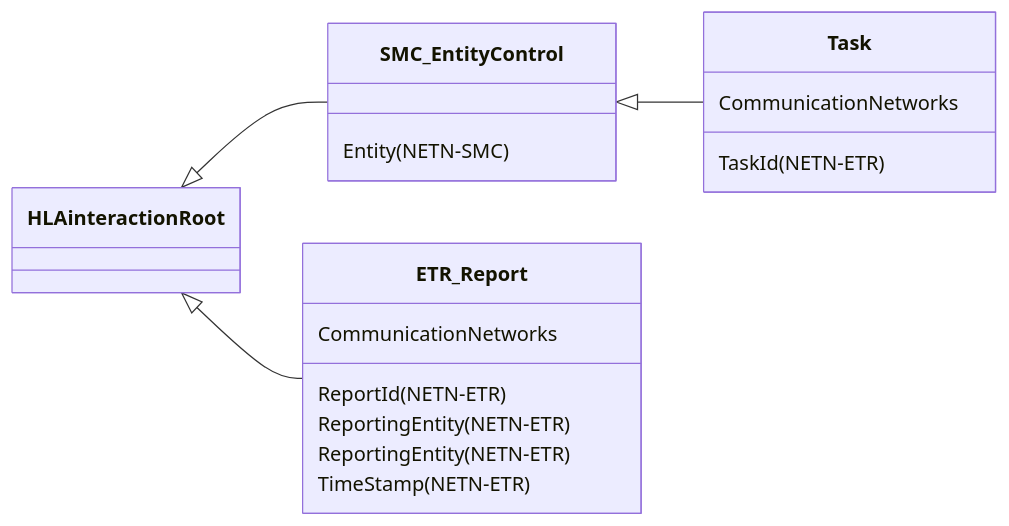
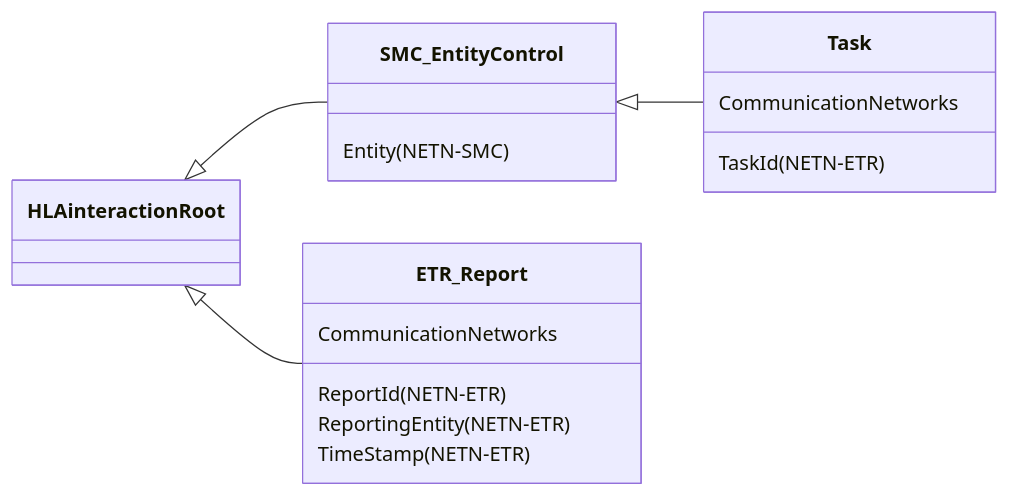
One commit to AMSP-04/NETN-FOM changed the second of 7 diagrams in modules/NETN-COM/NETN-COM.md. Above: the diagram before and after it, drawn with Mermaid. The commit also changed other lines of this file, not shown here.

First line of the commit message:
DOCS: Make clarifications in NETN-COM.md

````diff
--- a/modules/NETN-COM/NETN-COM.md
+++ b/modules/NETN-COM/NETN-COM.md
@@ -62,18 +62,17 @@
 ```mermaid
 classDiagram
 direction LR
 
 HLAinteractionRoot <|-- SMC_EntityControl
 SMC_EntityControl <|-- Task
 HLAinteractionRoot <|-- ETR_Report
 
 
 Task:CommunicationNetworks
 SMC_EntityControl:Entity(NETN-SMC)
 Task:TaskId(NETN-ETR)
 ETR_Report:CommunicationNetworks
 ETR_Report:ReportId(NETN-ETR)
 ETR_Report:ReportingEntity(NETN-ETR)
-ETR_Report:ReportingEntity(NETN-ETR)
 ETR_Report:TimeStamp(NETN-ETR)
 ```
````
